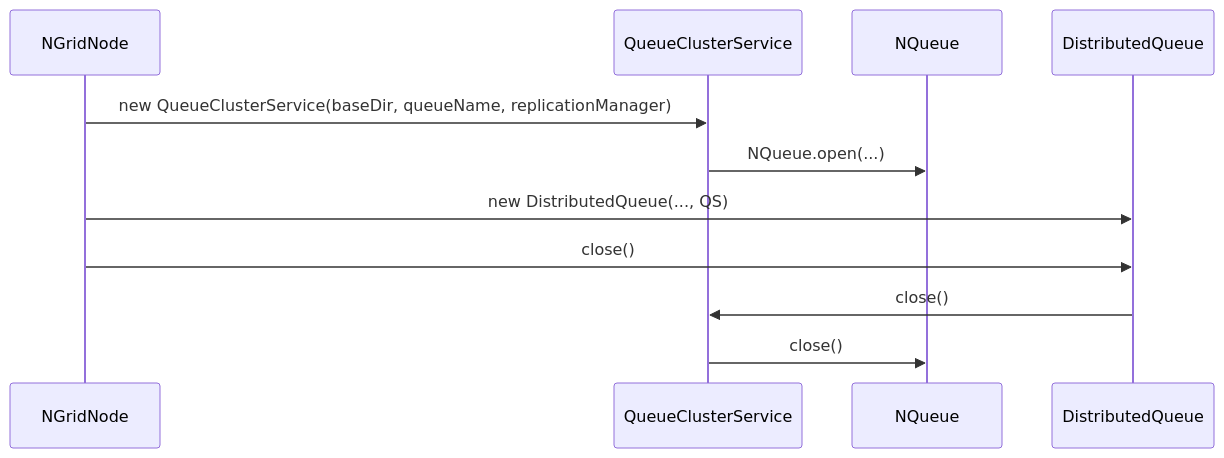
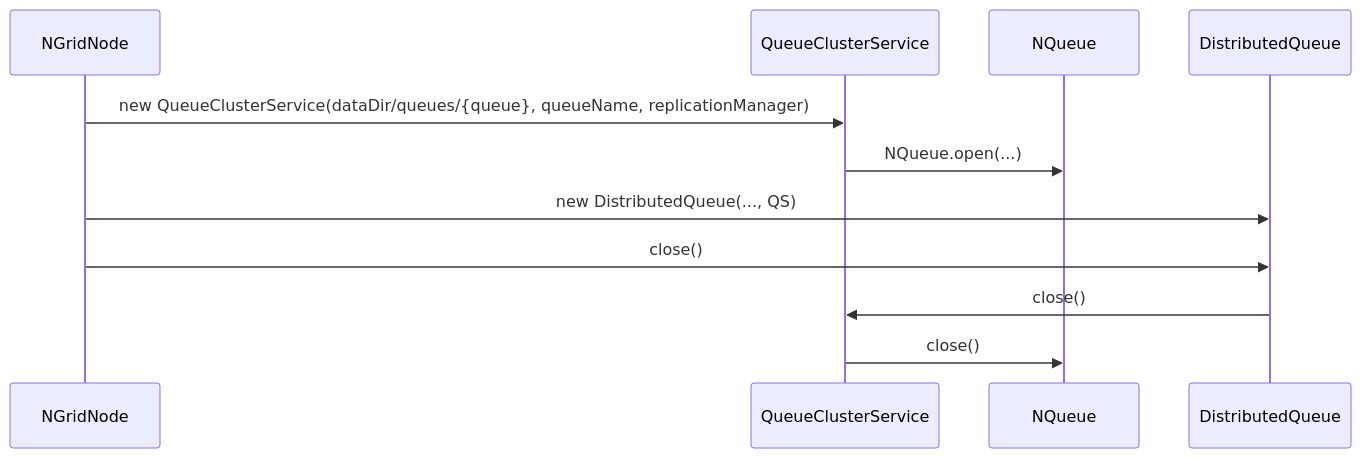
One commit to nishisan-dev/nishi-utils changed the fourth of 4 diagrams in doc/ngrid/nqueue-integration.md. Above: the diagram before and after it, drawn with Mermaid. The commit also changed other lines of this file and 13 other files, not shown here.

````diff
--- a/doc/ngrid/nqueue-integration.md
+++ b/doc/ngrid/nqueue-integration.md
@@ -172,14 +178,14 @@
 ```mermaid
 sequenceDiagram
 participant Node as NGridNode
 participant QS as QueueClusterService
 participant NQ as NQueue
 participant DQ as DistributedQueue
 
-Node->>QS: new QueueClusterService(baseDir, queueName, replicationManager)
+Node->>QS: new QueueClusterService(dataDir/queues/{queue}, queueName, replicationManager)
 QS->>NQ: NQueue.open(...)
 Node->>DQ: new DistributedQueue(..., QS)
 Node->>DQ: close()
 DQ->>QS: close()
 QS->>NQ: close()
 ```
````
